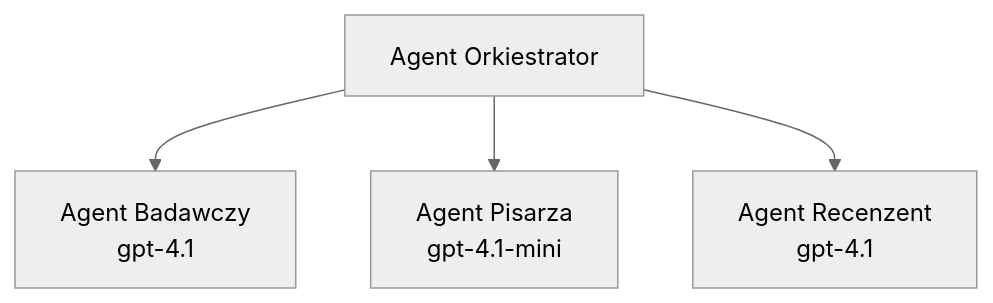
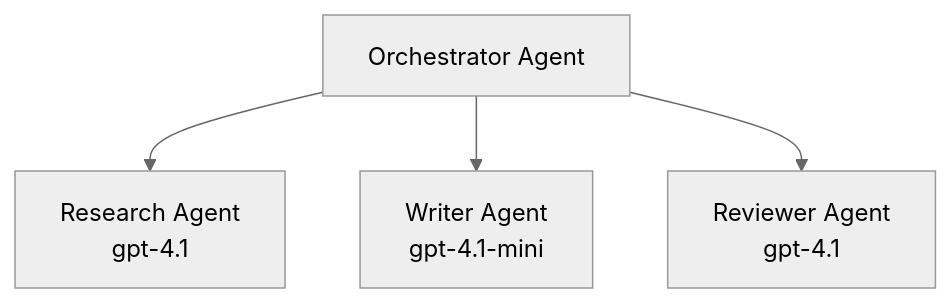
One commit to microsoft/AZD-for-beginners changed the third of 3 diagrams in translations/pl/docs/chapter-02-ai-development/agents.md. Above: the diagram before and after it, drawn with Mermaid (neutral theme). The commit also changed other lines of this file and 41 other files, not shown here.

````diff
--- a/translations/pl/docs/chapter-02-ai-development/agents.md
+++ b/translations/pl/docs/chapter-02-ai-development/agents.md
@@ -201,6 +194,6 @@
 ```mermaid
 graph TD
-    Orchestrator[Agent Orkiestrator] --> Research[Agent Badawczy<br/>gpt-4.1]
-    Orchestrator --> Writer[Agent Pisarza<br/>gpt-4.1-mini]
-    Orchestrator --> Reviewer[Agent Recenzent<br/>gpt-4.1]
+    Orchestrator[Orchestrator Agent] --> Research[Research Agent<br/>gpt-4.1]
+    Orchestrator --> Writer[Writer Agent<br/>gpt-4.1-mini]
+    Orchestrator --> Reviewer[Reviewer Agent<br/>gpt-4.1]
 ```
````
